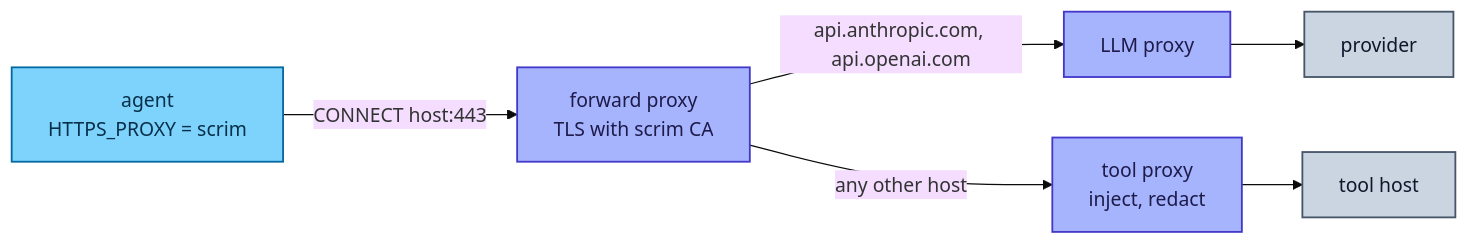
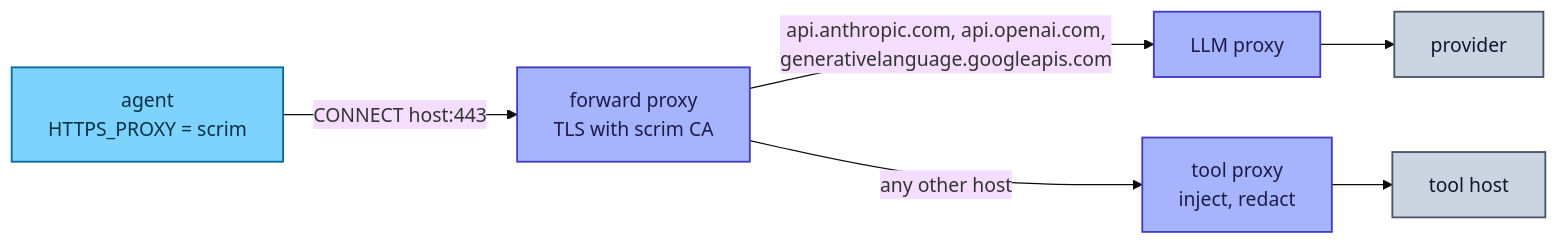
Before and after one commit to Heliopsy/scrim: the second of 9 diagrams in docs/interception.md, drawn with Mermaid (base theme). The commit also changed other lines of this file and 17 other files, not shown here.

Commit message:
feat(proxy): add a gemini route for the Google Gemini API

````diff
--- a/docs/interception.md
+++ b/docs/interception.md
@@ -243,14 +246,14 @@
 ```mermaid
 flowchart LR
   agent["agent<br>HTTPS_PROXY = scrim"] -- "CONNECT host:443" --> fwd["forward proxy<br>TLS with scrim CA"]
-  fwd -- "api.anthropic.com, api.openai.com" --> llm["LLM proxy"]
+  fwd -- "api.anthropic.com, api.openai.com,<br>generativelanguage.googleapis.com" --> llm["LLM proxy"]
   fwd -- "any other host" --> tp["tool proxy<br>inject, redact"]
   llm --> prov["provider"]
   tp --> host["tool host"]
   classDef agent fill:#7dd3fc,stroke:#0369a1,stroke-width:1.5px,color:#082f49
   classDef dplane fill:#a5b4fc,stroke:#4338ca,stroke-width:1.5px,color:#1e1b4b
   classDef ext fill:#cbd5e1,stroke:#475569,stroke-width:1.5px,color:#0f172a
   class agent agent
   class fwd,llm,tp dplane
   class prov,host ext
 ```
````
